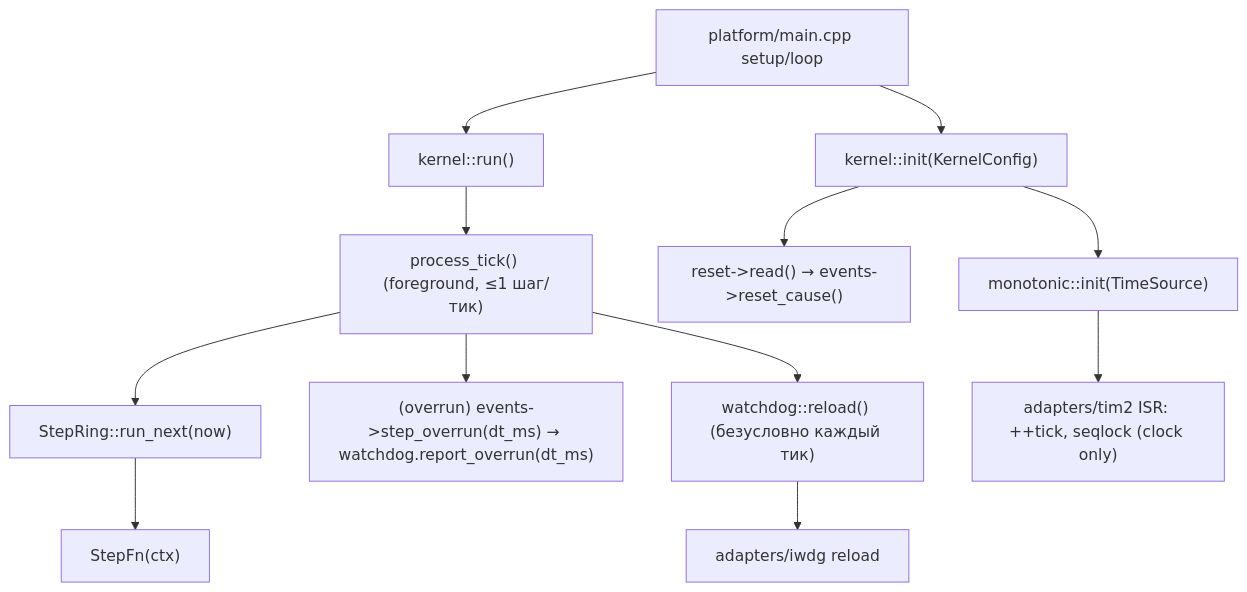
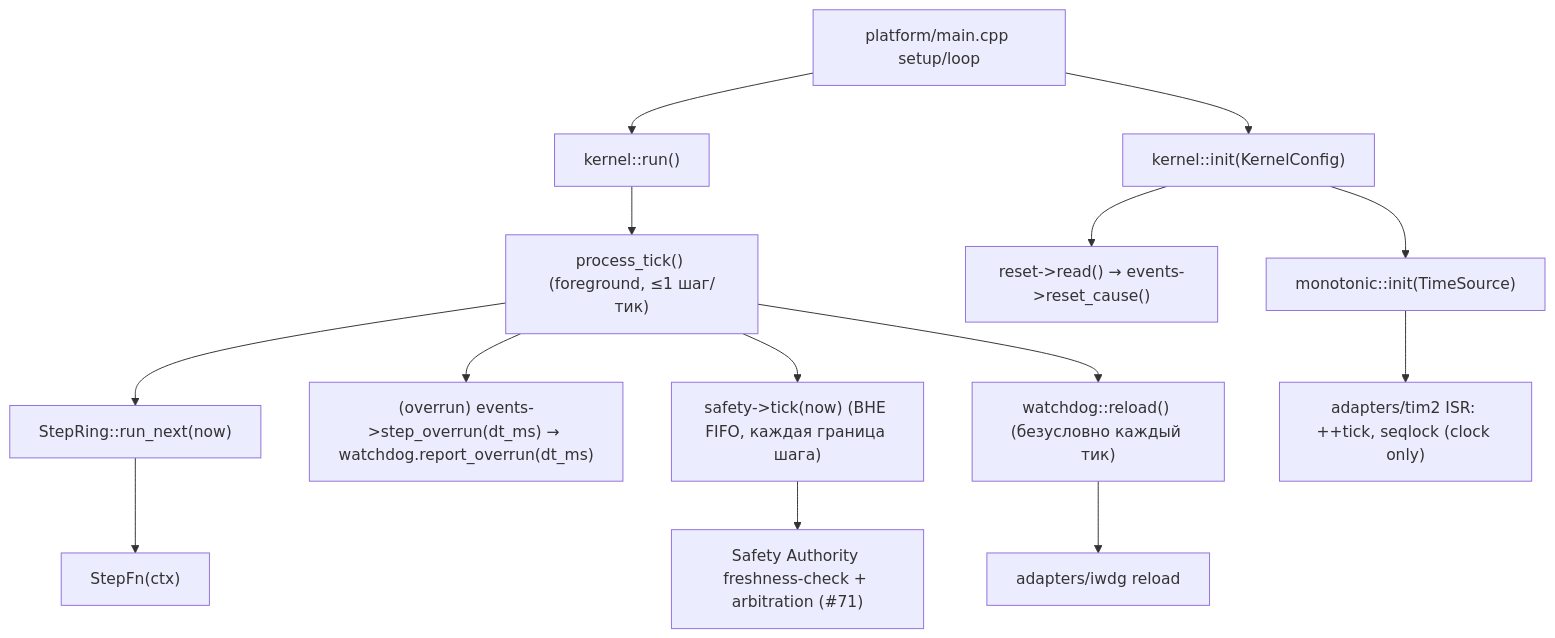
One commit to Driadix/ShuttleControllerV3 changed the second of 3 diagrams in docs/execution-foundation-design-v3.md. Above: the diagram before and after it, drawn with Mermaid. The commit also changed other lines of this file, not shown here.

Commit message:
docs(design): mandatory safety boundary outside FIFO (INV-SENSING-FRESH, T_check_jitter/T_arb) (#85)

````diff
--- a/docs/execution-foundation-design-v3.md
+++ b/docs/execution-foundation-design-v3.md
@@ -424,14 +461,16 @@
 ```mermaid
 flowchart TD
     MAIN["platform/main.cpp setup/loop"] --> INIT["kernel::init(KernelConfig)"]
     MAIN --> RUN["kernel::run()"]
     RUN --> PT["process_tick() (foreground, ≤1 шаг/тик)"]
     PT --> RN["StepRing::run_next(now)"]
     RN --> FN["StepFn(ctx)"]
     PT --> OVR["(overrun) events->step_overrun(dt_ms) → watchdog.report_overrun(dt_ms)"]
+    PT --> SAF["safety->tick(now) (ВНЕ FIFO, каждая граница шага)"]
+    SAF --> SA["Safety Authority freshness-check + arbitration (#71)"]
     PT --> WDG["watchdog::reload() (безусловно каждый тик)"]
     INIT --> RC["reset->read() → events->reset_cause()"]
     INIT --> MONO["monotonic::init(TimeSource)"]
     MONO --> TIM2["adapters/tim2 ISR: ++tick, seqlock (clock only)"]
     WDG --> IWDG["adapters/iwdg reload"]
 ```
````
